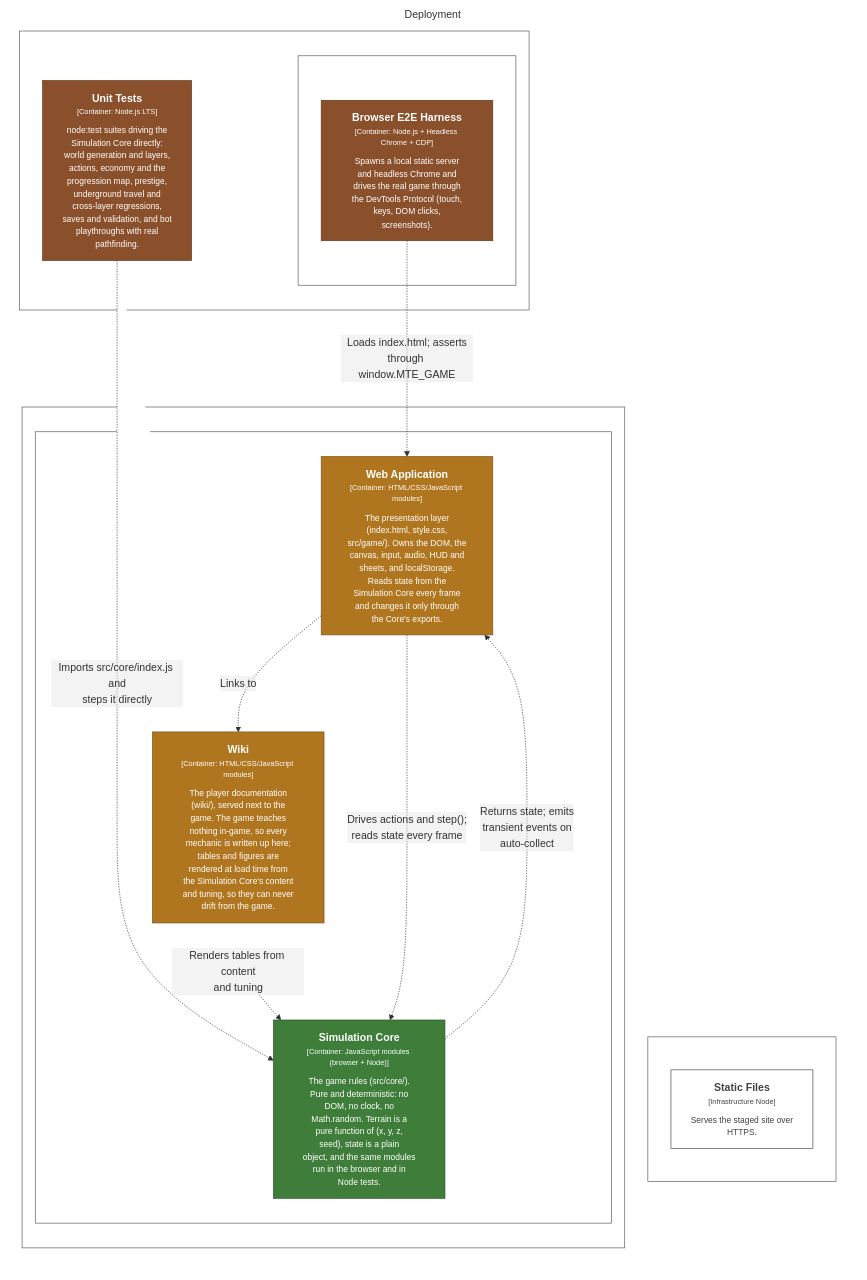
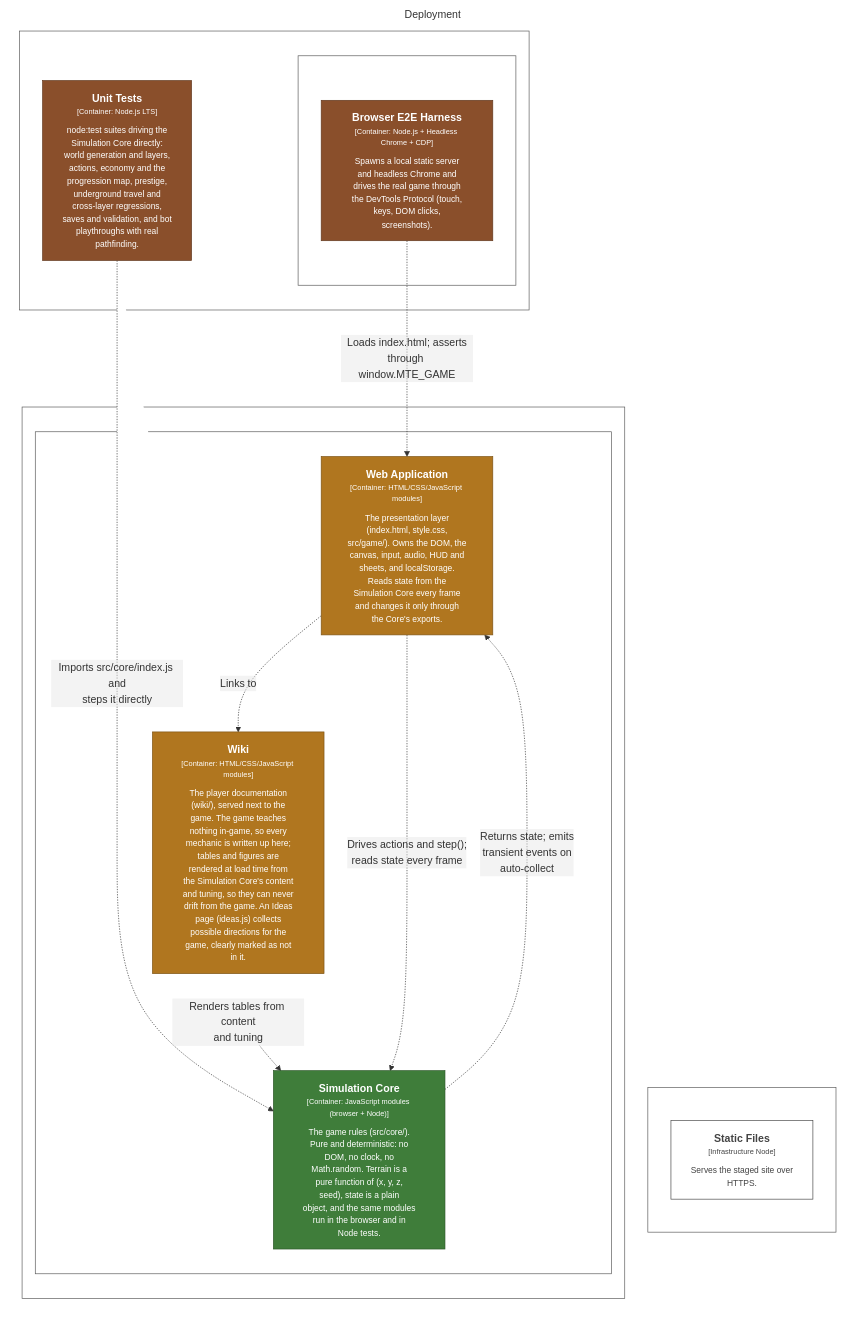
The diagram in structurizr/diagrams/Deployment.mmd (bitkojine/more-than-enough), drawn with Mermaid before and after one commit. The commit also changed 11 other files, not shown here.

First line of the commit message:
wiki: an Ideas page of directions the game could take next

```diff
--- a/structurizr/diagrams/Deployment.mmd
+++ b/structurizr/diagrams/Deployment.mmd
@@ -1,52 +1,52 @@
 %% Generated from structurizr/workspace.dsl — do not edit; run: node structurizr/scripts/structurizr.mjs mermaid
 graph LR
   linkStyle default fill:#ffffff
 
   subgraph diagram ["Deployment"]
     style diagram fill:#ffffff,stroke:#ffffff
 
     subgraph 70 ["Browser"]
       style 70 fill:#ffffff,stroke:#575757,color:#ffffff
 
       subgraph 71 ["Browser tab"]
         style 71 fill:#ffffff,stroke:#575757,color:#ffffff
 
         72["<div style='font-weight: bold'>Web Application</div><div style='font-size: 70%; margin-top: 0px'>[Container: HTML/CSS/JavaScript modules]</div><div style='font-size: 80%; margin-top:10px'>The presentation layer<br />(index.html, style.css,<br />src/game/). Owns the DOM, the<br />canvas, input, audio, HUD and<br />sheets, and localStorage.<br />Reads state from the<br />Simulation Core every frame<br />and changes it only through<br />the Core's exports.</div>"]
         style 72 fill:#b0761f,stroke:#7b5215,color:#ffffff
-        73["<div style='font-weight: bold'>Wiki</div><div style='font-size: 70%; margin-top: 0px'>[Container: HTML/CSS/JavaScript modules]</div><div style='font-size: 80%; margin-top:10px'>The player documentation<br />(wiki/), served next to the<br />game. The game teaches<br />nothing in-game, so every<br />mechanic is written up here;<br />tables and figures are<br />rendered at load time from<br />the Simulation Core's content<br />and tuning, so they can never<br />drift from the game.</div>"]
+        73["<div style='font-weight: bold'>Wiki</div><div style='font-size: 70%; margin-top: 0px'>[Container: HTML/CSS/JavaScript modules]</div><div style='font-size: 80%; margin-top:10px'>The player documentation<br />(wiki/), served next to the<br />game. The game teaches<br />nothing in-game, so every<br />mechanic is written up here;<br />tables and figures are<br />rendered at load time from<br />the Simulation Core's content<br />and tuning, so they can never<br />drift from the game. An Ideas<br />page (ideas.js) collects<br />possible directions for the<br />game, clearly marked as not<br />in it.</div>"]
         style 73 fill:#b0761f,stroke:#7b5215,color:#ffffff
         75["<div style='font-weight: bold'>Simulation Core</div><div style='font-size: 70%; margin-top: 0px'>[Container: JavaScript modules (browser + Node)]</div><div style='font-size: 80%; margin-top:10px'>The game rules (src/core/).<br />Pure and deterministic: no<br />DOM, no clock, no<br />Math.random. Terrain is a<br />pure function of (x, y, z,<br />seed), state is a plain<br />object, and the same modules<br />run in the browser and in<br />Node tests.</div>"]
         style 75 fill:#3f7d3a,stroke:#2c5728,color:#ffffff
       end
 
     end
 
     subgraph 79 ["GitHub Pages"]
       style 79 fill:#ffffff,stroke:#575757,color:#ffffff
 
       80["<div style='font-weight: bold'>Static Files</div><div style='font-size: 70%; margin-top: 0px'>[Infrastructure Node]</div><div style='font-size: 80%; margin-top:10px'>Serves the staged site over<br />HTTPS.</div>"]
       style 80 fill:#ffffff,stroke:#444444,color:#444444
     end
 
     subgraph 81 ["Node.js LTS"]
       style 81 fill:#ffffff,stroke:#575757,color:#ffffff
 
       82["<div style='font-weight: bold'>Unit Tests</div><div style='font-size: 70%; margin-top: 0px'>[Container: Node.js LTS]</div><div style='font-size: 80%; margin-top:10px'>node:test suites driving the<br />Simulation Core directly:<br />world generation and layers,<br />actions, economy and the<br />progression map, prestige,<br />underground travel and<br />cross-layer regressions,<br />saves and validation, and bot<br />playthroughs with real<br />pathfinding.</div>"]
       style 82 fill:#8a4f2b,stroke:#60371e,color:#ffffff
       subgraph 84 ["Headless Chrome"]
         style 84 fill:#ffffff,stroke:#575757,color:#ffffff
 
         85["<div style='font-weight: bold'>Browser E2E Harness</div><div style='font-size: 70%; margin-top: 0px'>[Container: Node.js + Headless Chrome + CDP]</div><div style='font-size: 80%; margin-top:10px'>Spawns a local static server<br />and headless Chrome and<br />drives the real game through<br />the DevTools Protocol (touch,<br />keys, DOM clicks,<br />screenshots).</div>"]
         style 85 fill:#8a4f2b,stroke:#60371e,color:#ffffff
       end
 
     end
 
     72-. "<div>Links to</div><div style='font-size: 70%'></div>" .->73
     75-. "<div>Returns state; emits<br />transient events on<br />auto-collect</div><div style='font-size: 70%'></div>" .->72
     72-. "<div>Drives actions and step();<br />reads state every frame</div><div style='font-size: 70%'></div>" .->75
     73-. "<div>Renders tables from content<br />and tuning</div><div style='font-size: 70%'></div>" .->75
     82-. "<div>Imports src/core/index.js and<br />steps it directly</div><div style='font-size: 70%'></div>" .->75
     85-. "<div>Loads index.html; asserts<br />through window.MTE_GAME</div><div style='font-size: 70%'></div>" .->72
 
   end
```
